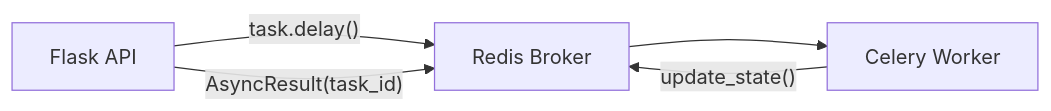
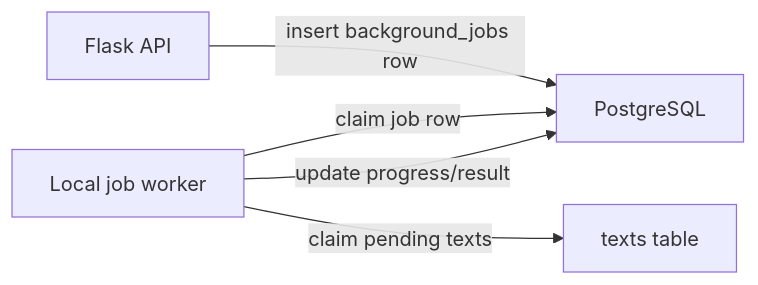
The first of 3 diagrams in api/docs/async-tasks.md (jhssilv/corcel-platform), drawn with Mermaid before and after one commit. The commit also changed other lines of this file and 9 other files, not shown here.

````diff
--- a/api/docs/async-tasks.md
+++ b/api/docs/async-tasks.md
@@ -30,7 +24,7 @@
 ```mermaid
 flowchart LR
-    A["Flask API"] -- "task.delay()" --> B["Redis Broker"]
-    B --> C["Celery Worker"]
-    C -- "update_state()" --> B
-    A -- "AsyncResult(task_id)" --> B
+    A["Flask API"] -->|"insert background_jobs row"| B["PostgreSQL"]
+    C["Local job worker"] -->|"claim job row"| B
+    C -->|"update progress/result"| B
+    C -->|"claim pending texts"| D["texts table"]
 ```
````
